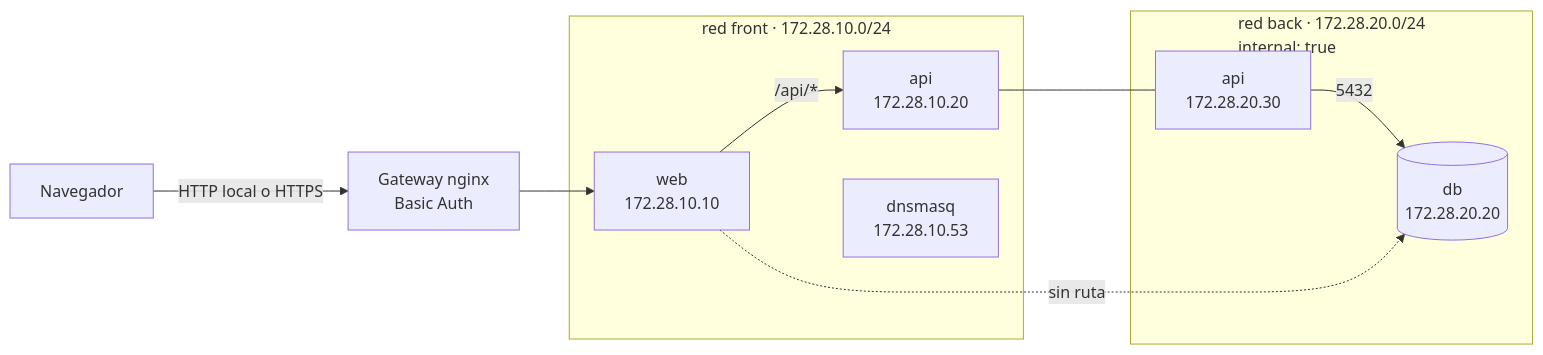
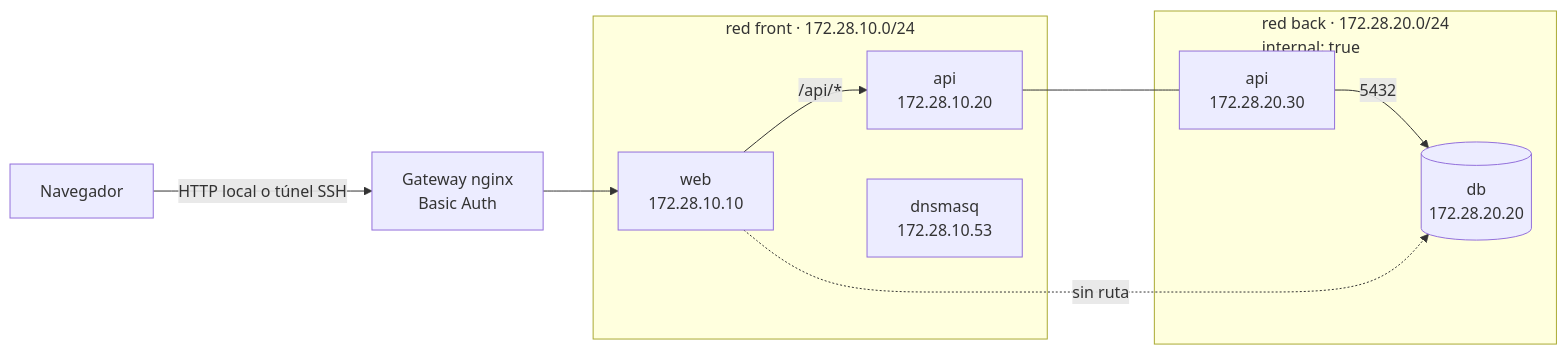
Before and after one commit to isaca0315/docker-cluster-redes: the diagram in docs/00-guia-replica.md, drawn with Mermaid. The commit also changed other lines of this file and 11 other files, not shown here.

````diff
--- a/docs/00-guia-replica.md
+++ b/docs/00-guia-replica.md
@@ -17,18 +23,18 @@
 ```mermaid
 flowchart LR
-    U["Navegador"] -->|"HTTP local o HTTPS"| G["Gateway nginx<br/>Basic Auth"]
+    U["Navegador"] -->|"HTTP local o túnel SSH"| G["Gateway nginx<br/>Basic Auth"]
     G --> W["web<br/>172.28.10.10"]
     subgraph FRONT["red front · 172.28.10.0/24"]
         W
         A["api<br/>172.28.10.20"]
         D["dnsmasq<br/>172.28.10.53"]
     end
     subgraph BACK["red back · 172.28.20.0/24<br/>internal: true"]
         A2["api<br/>172.28.20.30"]
         DB[("db<br/>172.28.20.20")]
     end
     W -->|"/api/*"| A
     A --- A2
     A2 -->|"5432"| DB
     W -. "sin ruta" .-> DB
 ```
````
